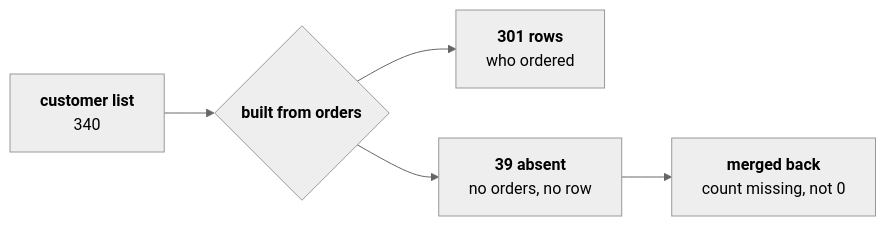
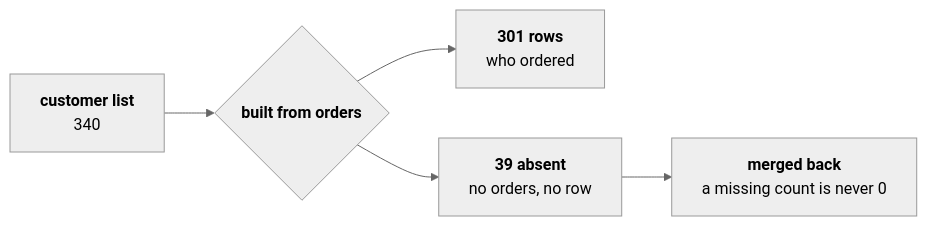
Before and after one commit to fde-academy-lab/c2-content-factory: the fourth of 9 diagrams in content/W02/D4/whiteboards/C2_W02_D04_board_work_STUDENT.md, drawn with Mermaid (neutral theme). The commit also changed other lines of this file and 5 other files, not shown here.

````diff
--- a/content/W02/D4/whiteboards/C2_W02_D04_board_work_STUDENT.md
+++ b/content/W02/D4/whiteboards/C2_W02_D04_board_work_STUDENT.md
@@ -64,7 +65,7 @@
 ```mermaid
 flowchart LR
     C["<b>customer list</b><br/>340"] --> H{"<b>built from orders</b>"}
     H --> K["<b>301 rows</b><br/>who ordered"]
     H --> M["<b>39 absent</b><br/>no orders, no row"]
-    M --> N["<b>merged back</b><br/>count missing, not 0"]
+    M --> N["<b>merged back</b><br/>a missing count is never 0"]
 ```
````
